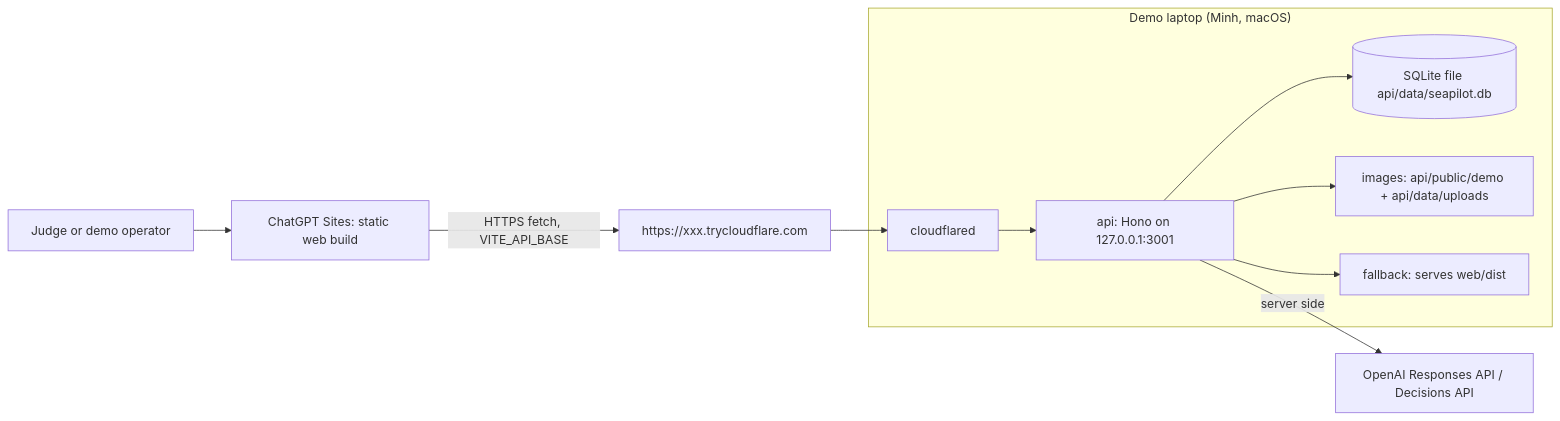
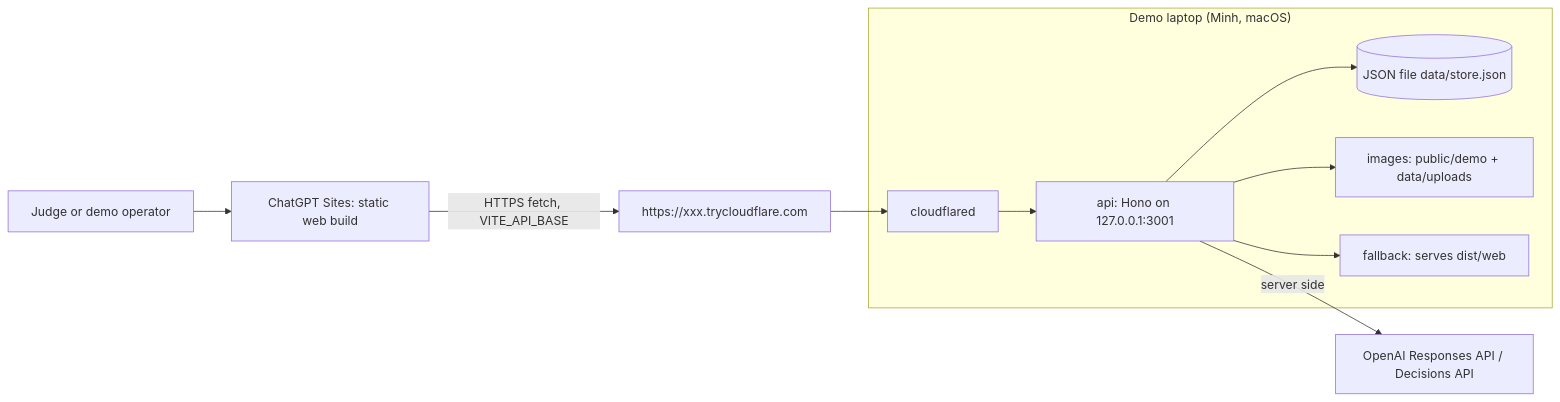
One commit to Phonghigh/seaLion-codex-hackthon-sea-openai changed the diagram in docs/Architecture.md. Above: the diagram before and after it, drawn with Mermaid. The commit also changed other lines of this file and 4 other files, not shown here.

Commit message:
docs(PLAN02): one developer plan, JSON store, scope Scenes 1-3, new owners

````diff
--- a/docs/Architecture.md
+++ b/docs/Architecture.md
@@ -7,13 +7,13 @@
 ```mermaid
 flowchart LR
     Judge[Judge or demo operator] --> Site[ChatGPT Sites: static web build]
     Site -->|HTTPS fetch, VITE_API_BASE| Edge[https://xxx.trycloudflare.com]
     subgraph Mac["Demo laptop (Minh, macOS)"]
         Tunnel[cloudflared] --> API[api: Hono on 127.0.0.1:3001]
-        API --> DB[(SQLite file api/data/seapilot.db)]
-        API --> Files[images: api/public/demo + api/data/uploads]
-        API --> Dist[fallback: serves web/dist]
+        API --> DB[(JSON file data/store.json)]
+        API --> Files[images: public/demo + data/uploads]
+        API --> Dist[fallback: serves dist/web]
     end
     Edge --> Tunnel
     API -->|server side| OpenAI[OpenAI Responses API / Decisions API]
 ```
````
